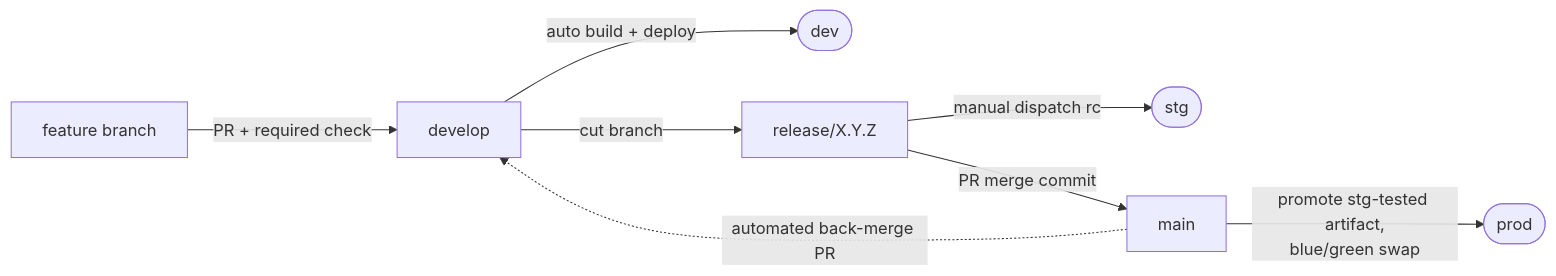
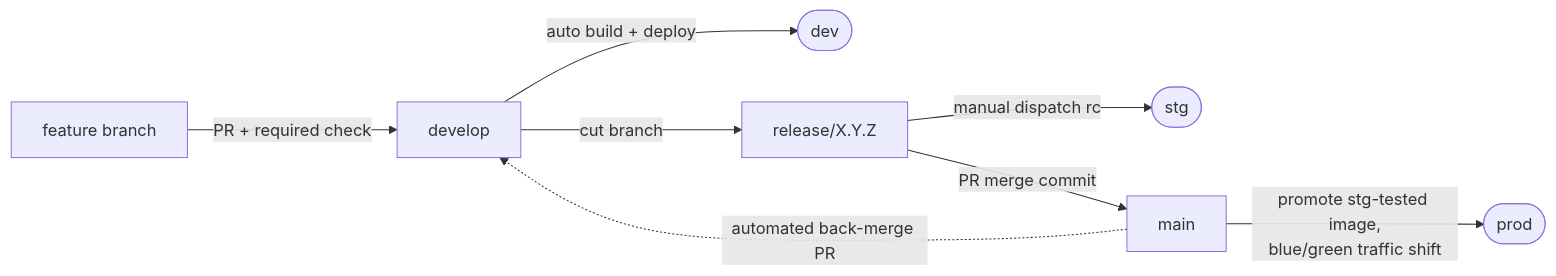
One commit to avlon-technologies/template-azure-cicd changed the diagram in README.md. Above: the diagram before and after it, drawn with Mermaid. The commit also changed other lines of this file and 14 other files, not shown here.

````diff
--- a/README.md
+++ b/README.md
@@ -34,10 +34,10 @@
 ```mermaid
 graph LR
     feat[feature branch] -->|PR + required check| dev_branch[develop]
     dev_branch -->|auto build + deploy| dev_env([dev])
     dev_branch -->|cut branch| rel[release/X.Y.Z]
     rel -->|manual dispatch rc| stg_env([stg])
     rel -->|PR merge commit| main[main]
-    main -->|promote stg-tested artifact,<br/>blue/green swap| prod_env([prod])
+    main -->|promote stg-tested image,<br/>blue/green traffic shift| prod_env([prod])
     main -.->|automated back-merge PR| dev_branch
 ```
````
